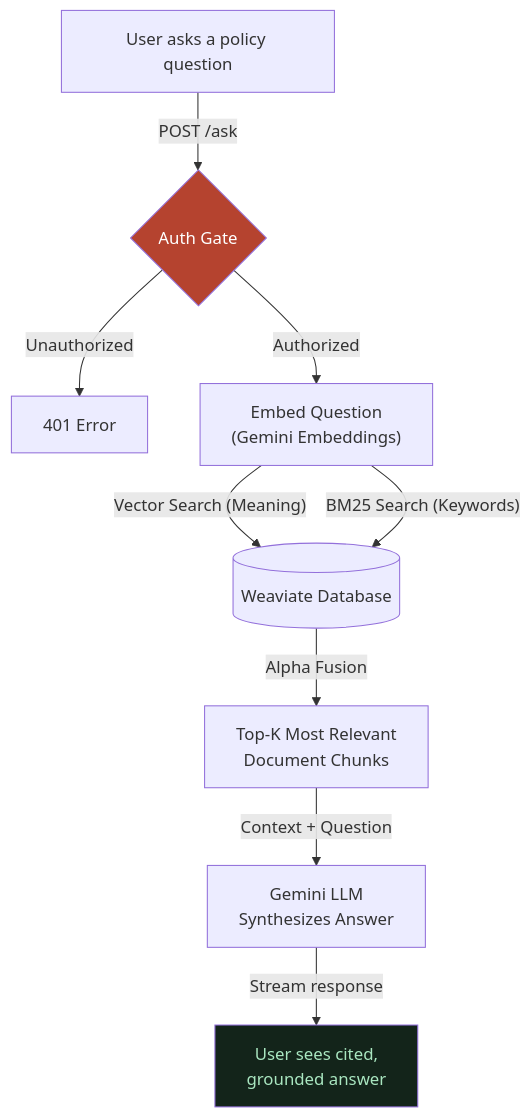
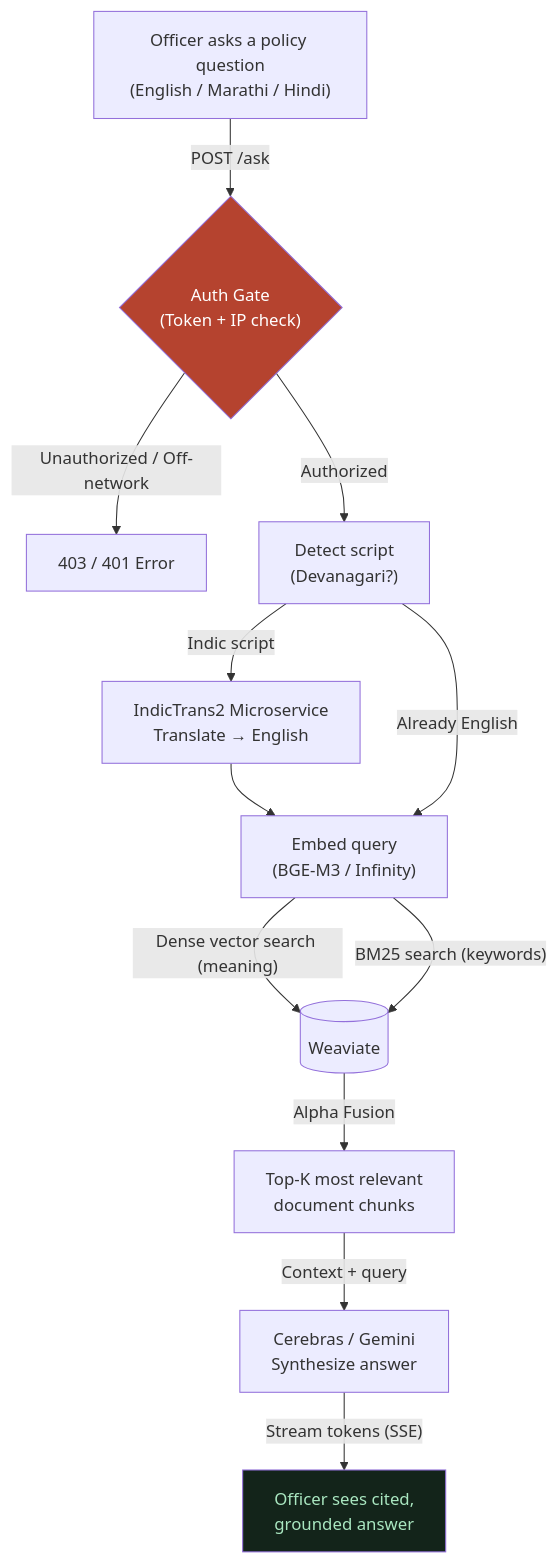
Before and after one commit to pushkqr/gov-assist-rag: the diagram in learning/00-the-big-picture.md, drawn with Mermaid. The commit also changed other lines of this file and 19 other files, not shown here.

First line of the commit message:
feat(rag): migrate to local bge-m3 embeddings and optimize retrieval pipeline

````diff
--- a/learning/00-the-big-picture.md
+++ b/learning/00-the-big-picture.md
@@ -23,18 +22,17 @@
 ```mermaid
 flowchart TD
-    Q["User asks a policy question"] -->|"POST /ask"| A{"Auth Gate"}
-    A -- "Unauthorized" --> Z["401 Error"]
-    A -- "Authorized" --> D["Embed Question<br/>(Gemini Embeddings)"]
-    
-    D -->|"Vector Search (Meaning)"| E[("Weaviate Database")]
-    D -->|"BM25 Search (Keywords)"| E
-    
-    E -->|"Alpha Fusion"| F["Top-K Most Relevant<br/>Document Chunks"]
-    
-    F -->|"Context + Question"| G["Gemini LLM<br/>Synthesizes Answer"]
-    
-    G -->|"Stream response"| H["User sees cited,<br/>grounded answer"]
-    
+    Q["Officer asks a policy question\n(English / Marathi / Hindi)"] -->|"POST /ask"| A{"Auth Gate\n(Token + IP check)"}
+    A -- "Unauthorized / Off-network" --> Z["403 / 401 Error"]
+    A -- "Authorized" --> T["Detect script\n(Devanagari?)"]
+    T -- "Indic script" --> TR["IndicTrans2 Microservice\nTranslate → English"]
+    TR --> E
+    T -- "Already English" --> E["Embed query\n(BGE-M3 / Infinity)"]
+    E -->|"Dense vector search (meaning)"| W[("Weaviate")]
+    E -->|"BM25 search (keywords)"| W
+    W -->|"Alpha Fusion"| F["Top-K most relevant\ndocument chunks"]
+    F -->|"Context + query"| G["Cerebras / Gemini\nSynthesize answer"]
+    G -->|"Stream tokens (SSE)"| H["Officer sees cited,\ngrounded answer"]
+
     style A fill:#b5432f,color:#fff
     style H fill:#13241a,color:#a9e6c0
 ```
````
